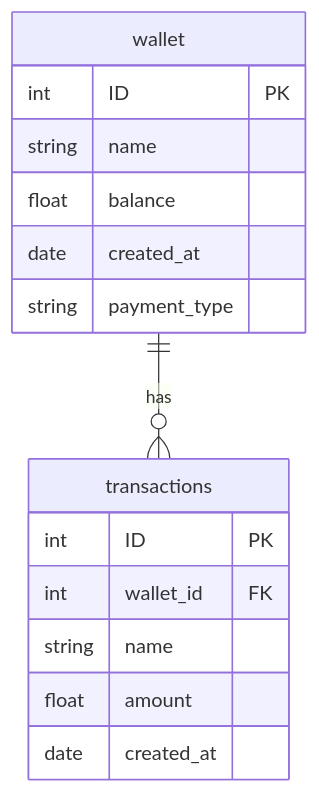
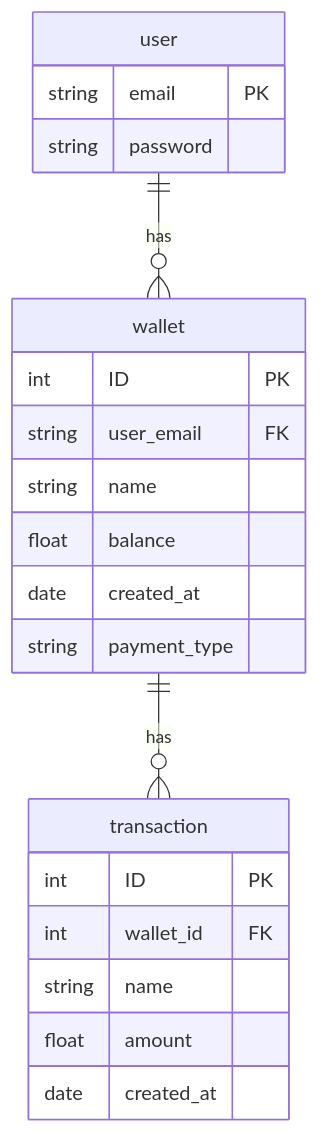
One commit to BinniesLite/finance_app changed the diagram in README.md. Above: the diagram before and after it, drawn with Mermaid. The commit also changed other lines of this file, not shown here.

Commit message:
added user, walled and modified schema

````diff
--- a/README.md
+++ b/README.md
@@ -68,22 +134,29 @@
 ```mermaid
 erDiagram
-  wallet ||--o{ transactions: has
+  user ||--o{ wallet: has
+  wallet ||--o{ transaction: has
+
+  user {
+	string email PK
+	string password 
+  }
   
   wallet { 
     int ID PK
+    string user_email FK
     string name 
     float balance 
     date created_at 
     string payment_type
-    
+  
   }
   
-  transactions {
+  transaction {
     int ID PK
     int wallet_id FK
     string name 
     float amount 
-    date created_at 
+    date created_at
   }
 
 ```
````
